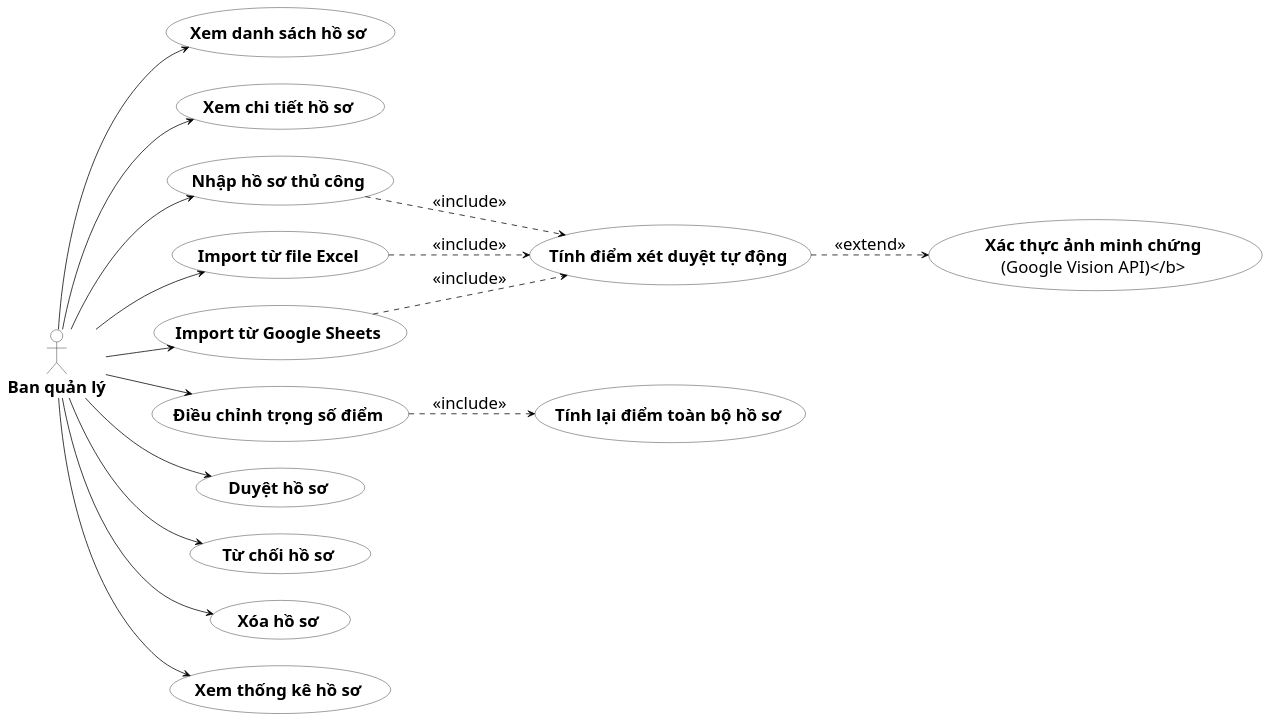
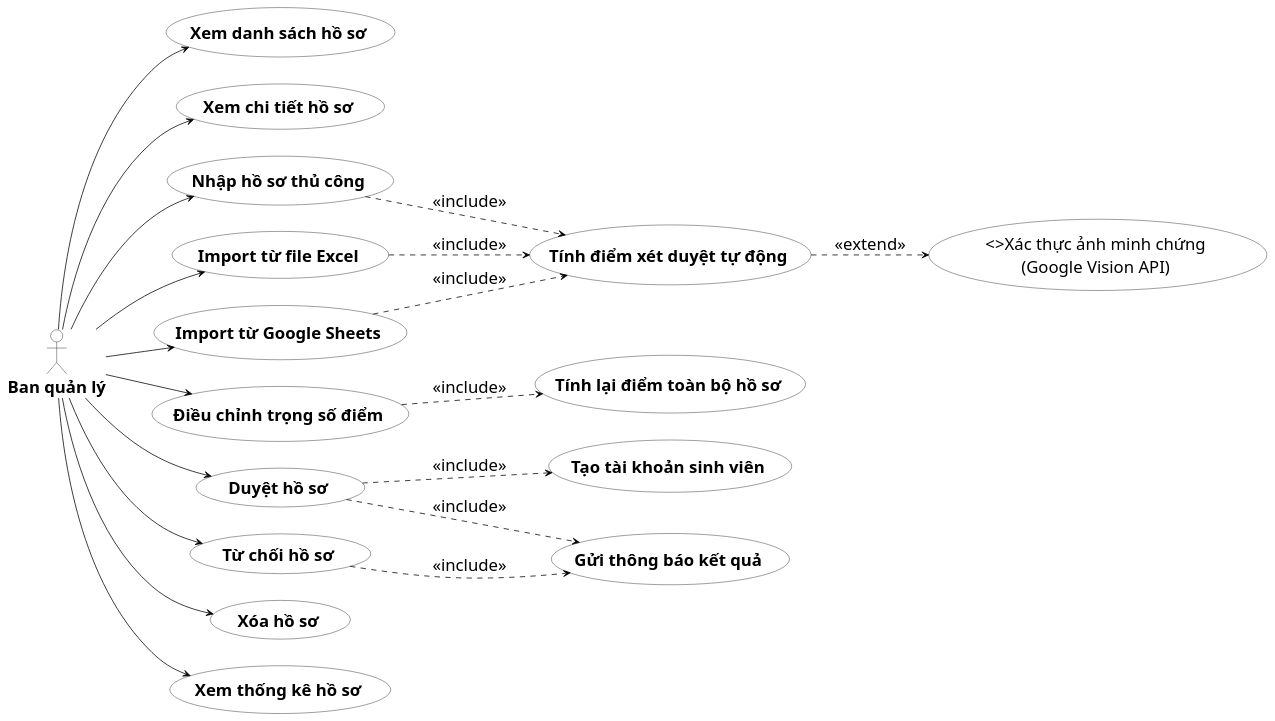
Before and after one commit to s0nbuildtech287/dormitory-frontend: the diagram in diagrams/usecase_phanra/uc_hosodangky.puml, drawn with PlantUML. The commit also changed 28 other files, not shown here.

```diff
--- a/diagrams/usecase_phanra/uc_hosodangky.puml
+++ b/diagrams/usecase_phanra/uc_hosodangky.puml
@@ -1,49 +1,54 @@
 @startuml "UC Phân rã - Quản lý hồ sơ đăng ký"
 skinparam defaultFontSize 22
 skinparam defaultFontName "Times New Roman"
 left to right direction
 skinparam usecase {
   BackgroundColor White
   BorderColor Black
 }
 skinparam actor {
   BackgroundColor White
   BorderColor Black
 }
 skinparam ArrowColor Black
 skinparam ArrowThickness 1
 skinparam shadowing false
 
 actor "<b>Ban quản lý</b>" as Admin
 
 usecase "<b>Xem danh sách hồ sơ</b>" as UC1
 usecase "<b>Xem chi tiết hồ sơ</b>" as UC2
 usecase "<b>Nhập hồ sơ thủ công</b>" as UC3
 usecase "<b>Import từ file Excel</b>" as UC4
 usecase "<b>Import từ Google Sheets</b>" as UC5
 usecase "<b>Tính điểm xét duyệt tự động</b>" as UC6
-usecase "<b>Xác thực ảnh minh chứng\n(Google Vision API)</b>" as UC7
+usecase "<>Xác thực ảnh minh chứng\n(Google Vision API)" as UC7
 usecase "<b>Điều chỉnh trọng số điểm</b>" as UC8
 usecase "<b>Tính lại điểm toàn bộ hồ sơ</b>" as UC9
 usecase "<b>Duyệt hồ sơ</b>" as UC10
 usecase "<b>Từ chối hồ sơ</b>" as UC11
 usecase "<b>Xóa hồ sơ</b>" as UC12
 usecase "<b>Xem thống kê hồ sơ</b>" as UC13
+usecase "<b>Gửi thông báo kết quả</b>" as UC14
+usecase "<b>Tạo tài khoản sinh viên</b>" as UC15
 
 UC3 ..> UC6 : <<include>>
 UC4 ..> UC6 : <<include>>
 UC5 ..> UC6 : <<include>>
 UC6 ..> UC7 : <<extend>>
 UC8 ..> UC9 : <<include>>
+UC10 ..> UC14 : <<include>>
+UC11 ..> UC14 : <<include>>
+UC10 ..> UC15 : <<include>>
 
 Admin --> UC1
 Admin --> UC2
 Admin --> UC3
 Admin --> UC4
 Admin --> UC5
 Admin --> UC8
 Admin --> UC10
 Admin --> UC11
 Admin --> UC12
 Admin --> UC13
 @enduml
```
